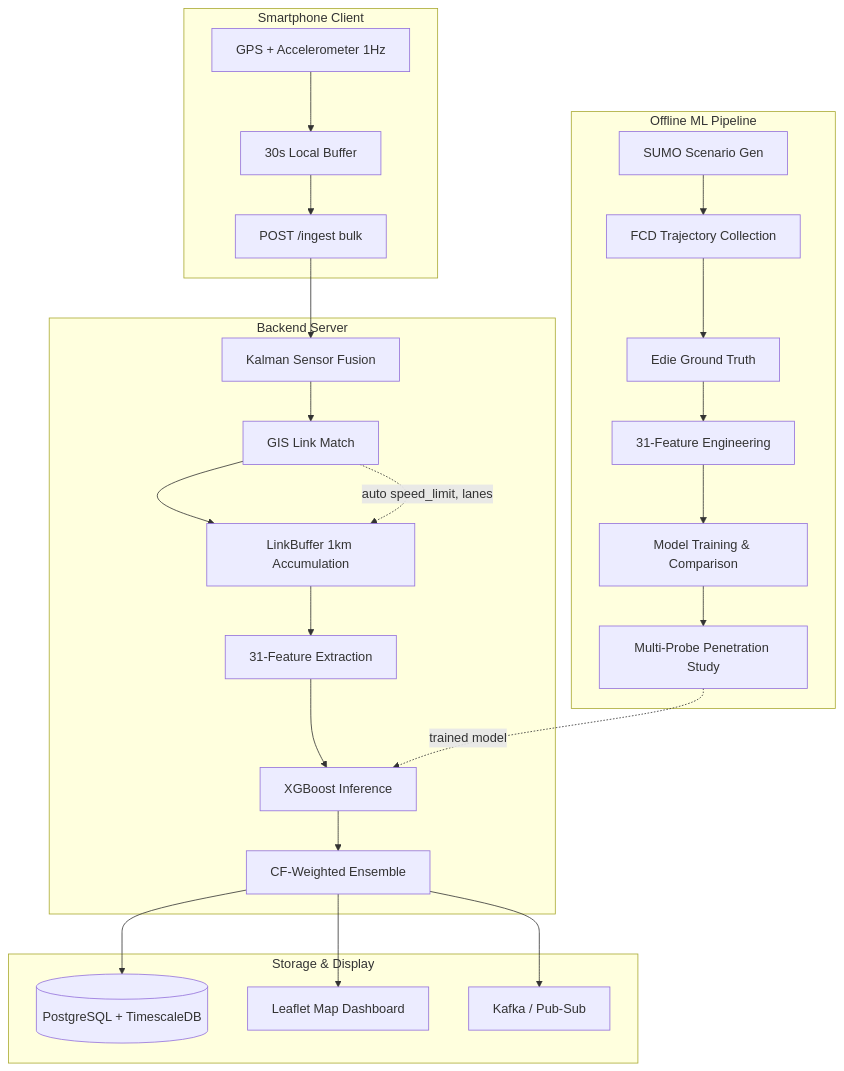
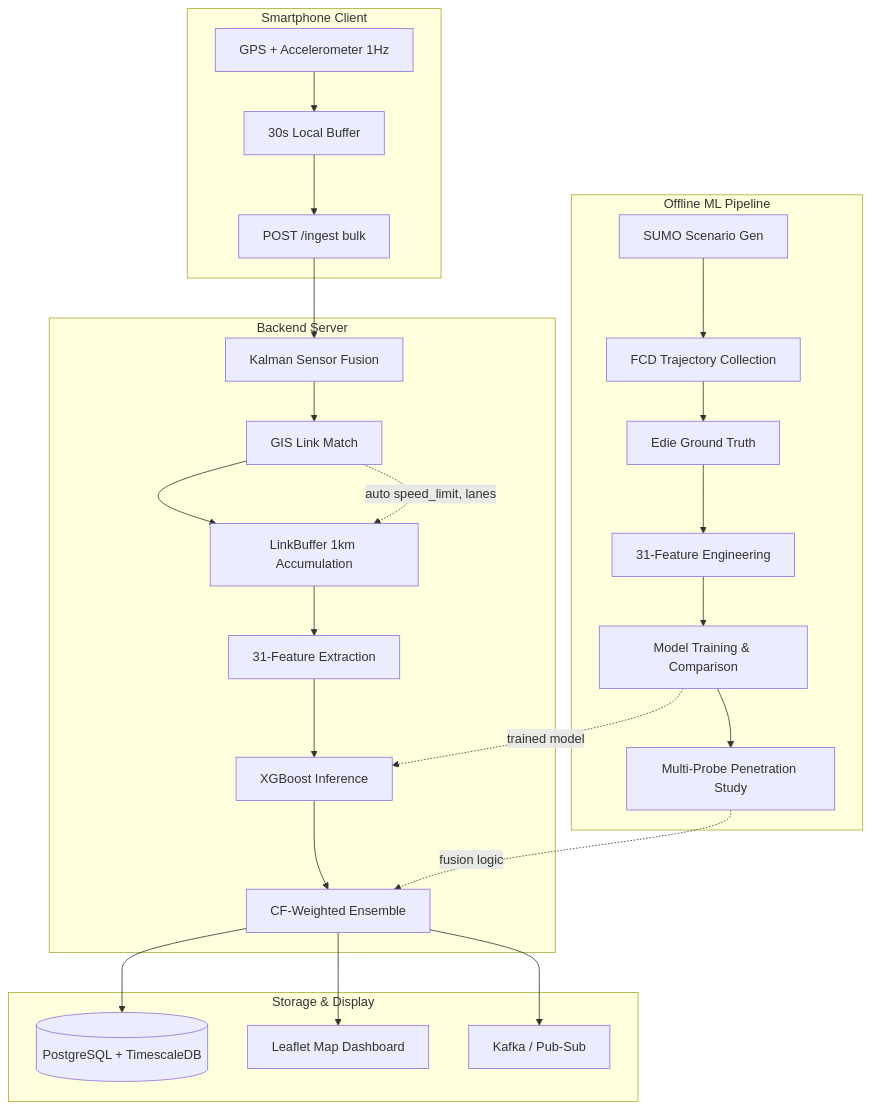
One commit to sewon-p/ml_project changed the first of 4 diagrams in README.md. Above: the diagram before and after it, drawn with Mermaid. The commit also changed other lines of this file and 3 other files, not shown here.

````diff
--- a/README.md
+++ b/README.md
@@ -54,33 +54,34 @@
 ```mermaid
 graph TB
     subgraph Offline["Offline ML Pipeline"]
         A[SUMO Scenario Gen] --> B[FCD Trajectory Collection]
         B --> C[Edie Ground Truth]
         C --> D[31-Feature Engineering]
         D --> E[Model Training & Comparison]
         E --> F[Multi-Probe Penetration Study]
     end
 
     subgraph Phone["Smartphone Client"]
         G[GPS + Accelerometer 1Hz] --> H[30s Local Buffer]
         H --> I[POST /ingest bulk]
     end
 
     subgraph Server["Backend Server"]
         I --> J[Kalman Sensor Fusion]
         J --> K[GIS Link Match]
         K --> L[LinkBuffer 1km Accumulation]
         L --> M[31-Feature Extraction]
         M --> N[XGBoost Inference]
         N --> O[CF-Weighted Ensemble]
     end
 
     subgraph Output["Storage & Display"]
         O --> P[(PostgreSQL + TimescaleDB)]
         O --> Q[Leaflet Map Dashboard]
         O --> R[Kafka / Pub-Sub]
     end
 
-    F -.->|trained model| N
+    E -.->|trained model| N
+    F -.->|fusion logic| O
     K -.->|auto speed_limit, lanes| L
 ```
````
